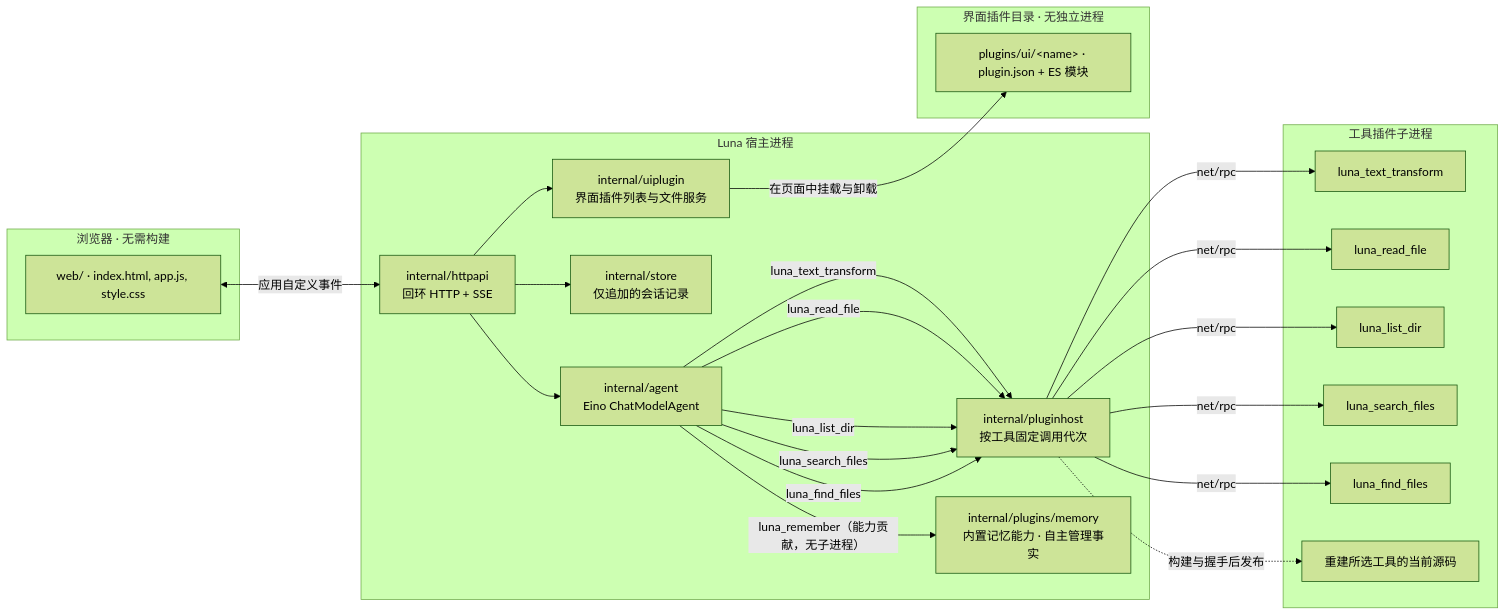
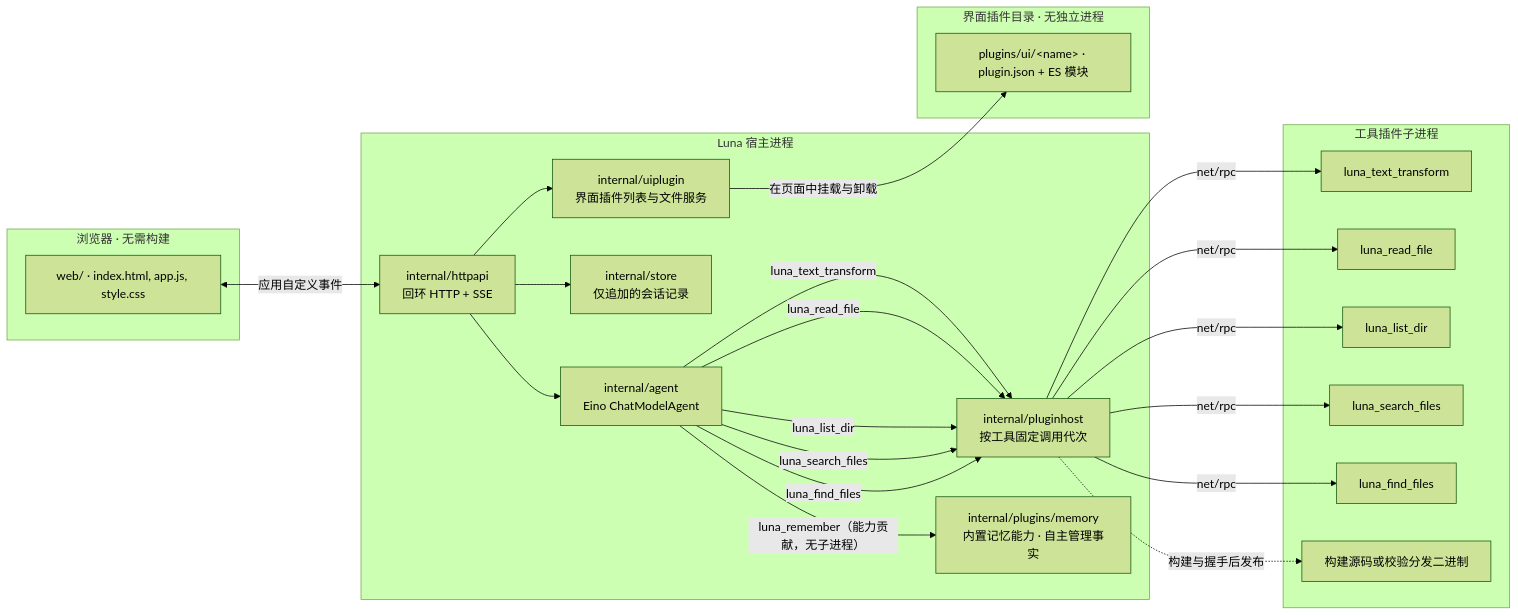
One commit to Qaraku/luna-agent changed the diagram in README.md. Above: the diagram before and after it, drawn with Mermaid (forest theme). The commit also changed other lines of this file and 2 other files, not shown here.

````diff
--- a/README.md
+++ b/README.md
@@ -15,46 +15,46 @@
 ```mermaid
 flowchart LR
     subgraph Browser["浏览器 · 无需构建"]
         UI["web/ · index.html, app.js, style.css"]
     end
 
     subgraph Host["Luna 宿主进程"]
         API["internal/httpapi<br/>回环 HTTP + SSE"]
         Agent["internal/agent<br/>Eino ChatModelAgent"]
         PH["internal/pluginhost<br/>按工具固定调用代次"]
         Mem["internal/plugins/memory<br/>内置记忆能力 · 自主管理事实"]
         Store["internal/store<br/>仅追加的会话记录"]
         UIP["internal/uiplugin<br/>界面插件列表与文件服务"]
     end
 
     subgraph Plugins["工具插件子进程"]
         T1["luna_text_transform"]
         R1["luna_read_file"]
         D1["luna_list_dir"]
         S1["luna_search_files"]
         F1["luna_find_files"]
-        C["重建所选工具的当前源码"]
+        C["构建源码或校验分发二进制"]
     end
 
     subgraph UIPlugins["界面插件目录 · 无独立进程"]
         UIPlug["plugins/ui/&lt;name&gt; · plugin.json + ES 模块"]
     end
 
     UI <-->|"应用自定义事件"| API
     API --> Agent
     API --> Store
     API --> UIP
     Agent -->|"luna_remember（能力贡献，无子进程）"| Mem
     Agent -->|"luna_text_transform"| PH
     Agent -->|"luna_read_file"| PH
     Agent -->|"luna_list_dir"| PH
     Agent -->|"luna_search_files"| PH
     Agent -->|"luna_find_files"| PH
     PH -->|"net/rpc"| T1
     PH -->|"net/rpc"| R1
     PH -->|"net/rpc"| D1
     PH -->|"net/rpc"| S1
     PH -->|"net/rpc"| F1
     PH -.->|"构建与握手后发布"| C
     UIP -->|"在页面中挂载与卸载"| UIPlug
 ```
````
